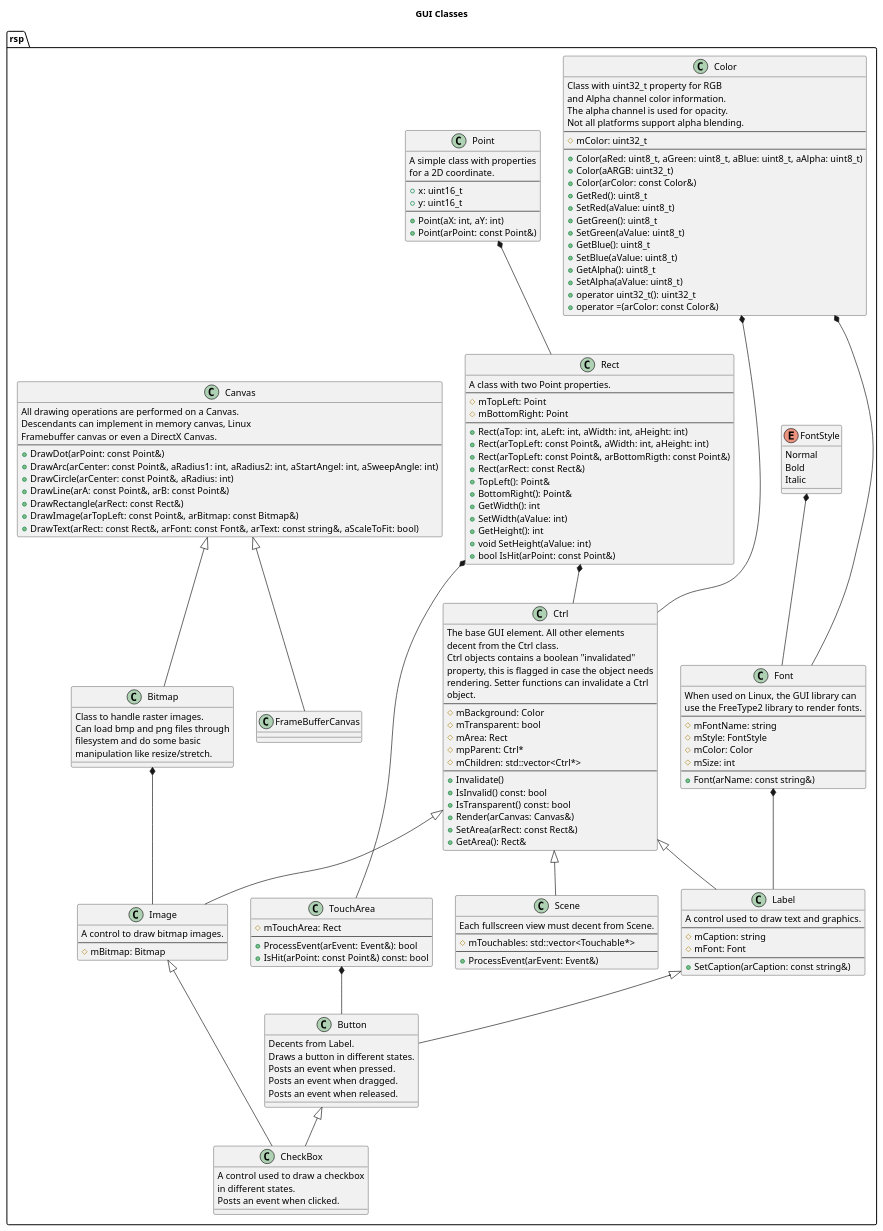
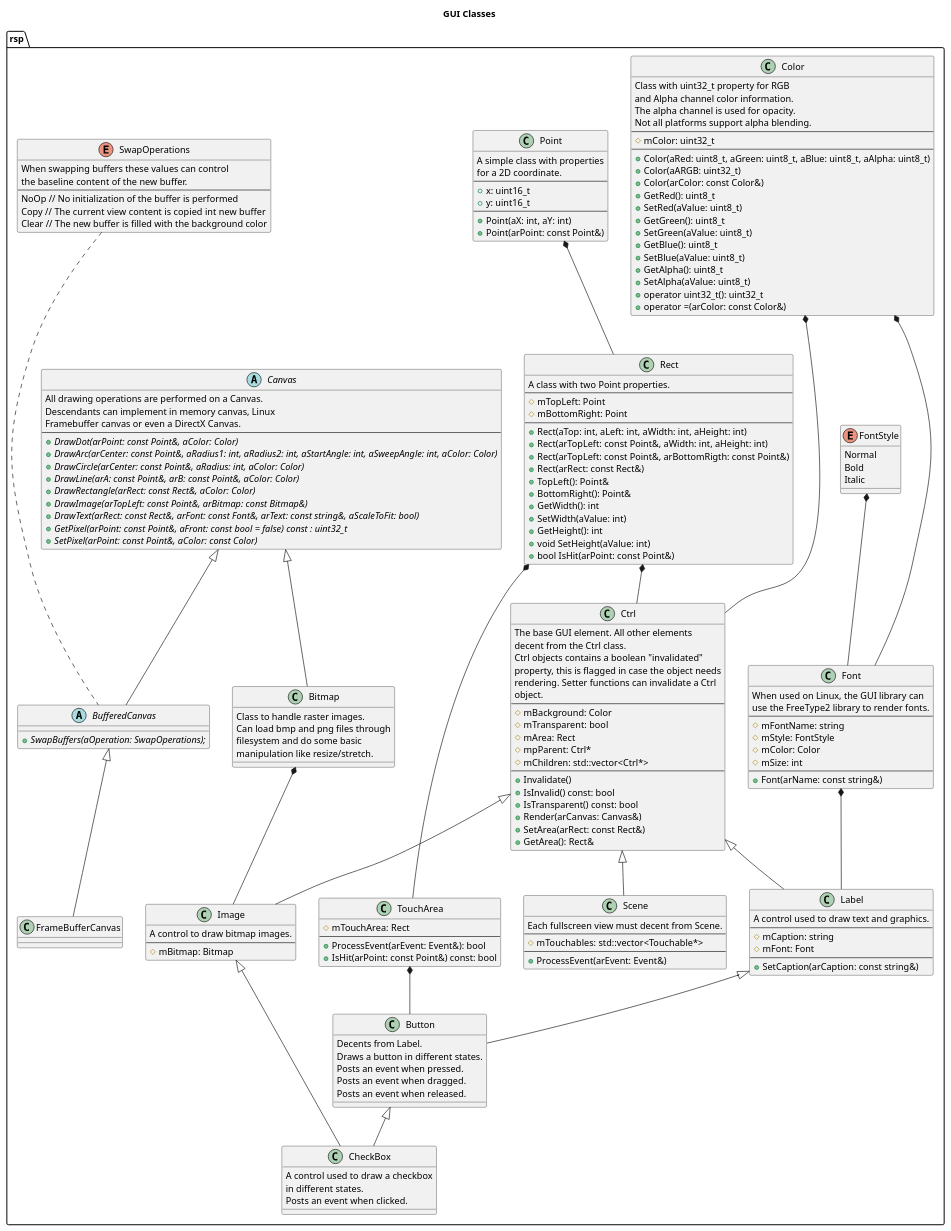
One commit to rsps/rsp-core-library changed the diagram in docs/uml/GUI Classes.puml. Above: the diagram before and after it, drawn with PlantUML. The commit also changed 1 other file, not shown here.

Commit message:
Add BufferedCanvas

```diff
--- a/docs/uml/GUI Classes.puml
+++ b/docs/uml/GUI Classes.puml
@@ -84,24 +84,43 @@
     manipulation like resize/stretch.
 }
 
-class Canvas {
+enum SwapOperations
+{
+When swapping buffers these values can control
+the baseline content of the new buffer.
+--
+    NoOp // No initialization of the buffer is performed
+    Copy  // The current view content is copied int new buffer
+    Clear // The new buffer is filled with the background color
+}
+
+abstract Canvas {
     All drawing operations are performed on a Canvas.
     Descendants can implement in memory canvas, Linux
     Framebuffer canvas or even a DirectX Canvas.
 --
-    +DrawDot(arPoint: const Point&)
-    +DrawArc(arCenter: const Point&, aRadius1: int, aRadius2: int, aStartAngel: int, aSweepAngle: int)
-    +DrawCircle(arCenter: const Point&, aRadius: int)
-    +DrawLine(arA: const Point&, arB: const Point&)
-    +DrawRectangle(arRect: const Rect&)
-    +DrawImage(arTopLeft: const Point&, arBitmap: const Bitmap&)
-    +DrawText(arRect: const Rect&, arFont: const Font&, arText: const string&, aScaleToFit: bool)
+    +{abstract}DrawDot(arPoint: const Point&, aColor: Color)
+    +{abstract}DrawArc(arCenter: const Point&, aRadius1: int, aRadius2: int, aStartAngle: int, aSweepAngle: int, aColor: Color)
+    +{abstract}DrawCircle(arCenter: const Point&, aRadius: int, aColor: Color)
+    +{abstract}DrawLine(arA: const Point&, arB: const Point&, aColor: Color)
+    +{abstract}DrawRectangle(arRect: const Rect&, aColor: Color)
+    +{abstract}DrawImage(arTopLeft: const Point&, arBitmap: const Bitmap&)
+    +{abstract}DrawText(arRect: const Rect&, arFont: const Font&, arText: const string&, aScaleToFit: bool)
+    +{abstract}GetPixel(arPoint: const Point&, aFront: const bool = false) const : uint32_t
+    +{abstract}SetPixel(arPoint: const Point&, aColor: const Color)
 }
 Canvas <|-- Bitmap
 
+abstract BufferedCanvas {
+    +{abstract} SwapBuffers(aOperation: SwapOperations);
+}
+
+SwapOperations ... BufferedCanvas
+Canvas <|-- BufferedCanvas
+
 class FrameBufferCanvas {
 }
-Canvas <|-- FrameBufferCanvas
+BufferedCanvas <|-- FrameBufferCanvas
 
 class TouchArea {
     #mTouchArea: Rect
```
